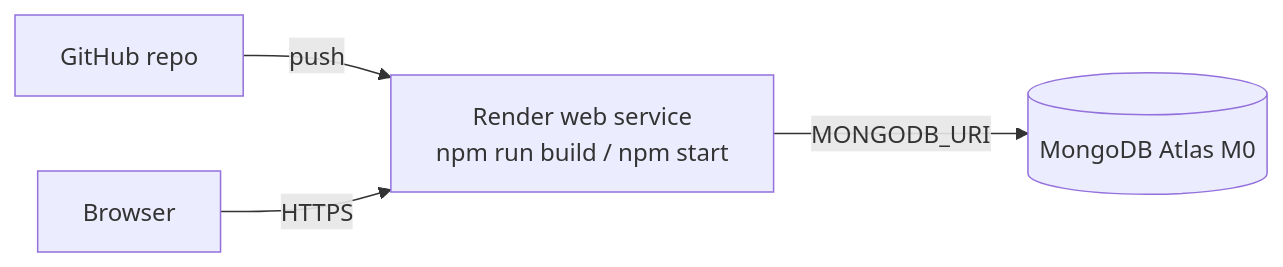
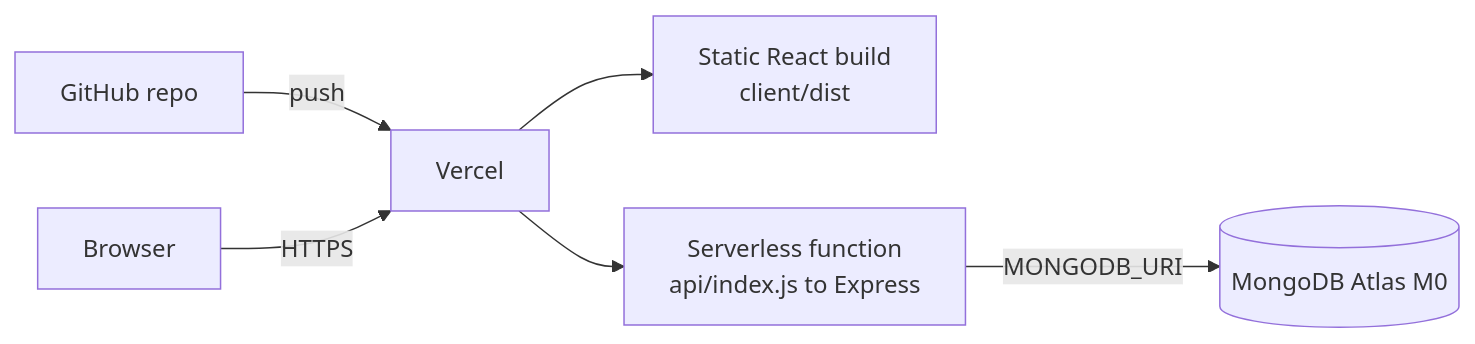
One commit to 6289subhasree/connectx changed the ninth of 9 diagrams in README.md. Above: the diagram before and after it, drawn with Mermaid. The commit also changed other lines of this file and 4 other files, not shown here.

Commit message:
Add Vercel deployment: serverless API entry, vercel.json, cached DB connection

````diff
--- a/README.md
+++ b/README.md
@@ -350,6 +352,8 @@
 ```mermaid
 flowchart LR
-    GH[GitHub repo] -- push --> R[Render web service<br/>npm run build / npm start]
-    R -- MONGODB_URI --> AT[(MongoDB Atlas M0)]
-    U[Browser] -- HTTPS --> R
+    GH[GitHub repo] -- push --> V[Vercel]
+    V --> ST[Static React build<br/>client/dist]
+    V --> FN[Serverless function<br/>api/index.js to Express]
+    FN -- MONGODB_URI --> AT[(MongoDB Atlas M0)]
+    U[Browser] -- HTTPS --> V
 ```
````
